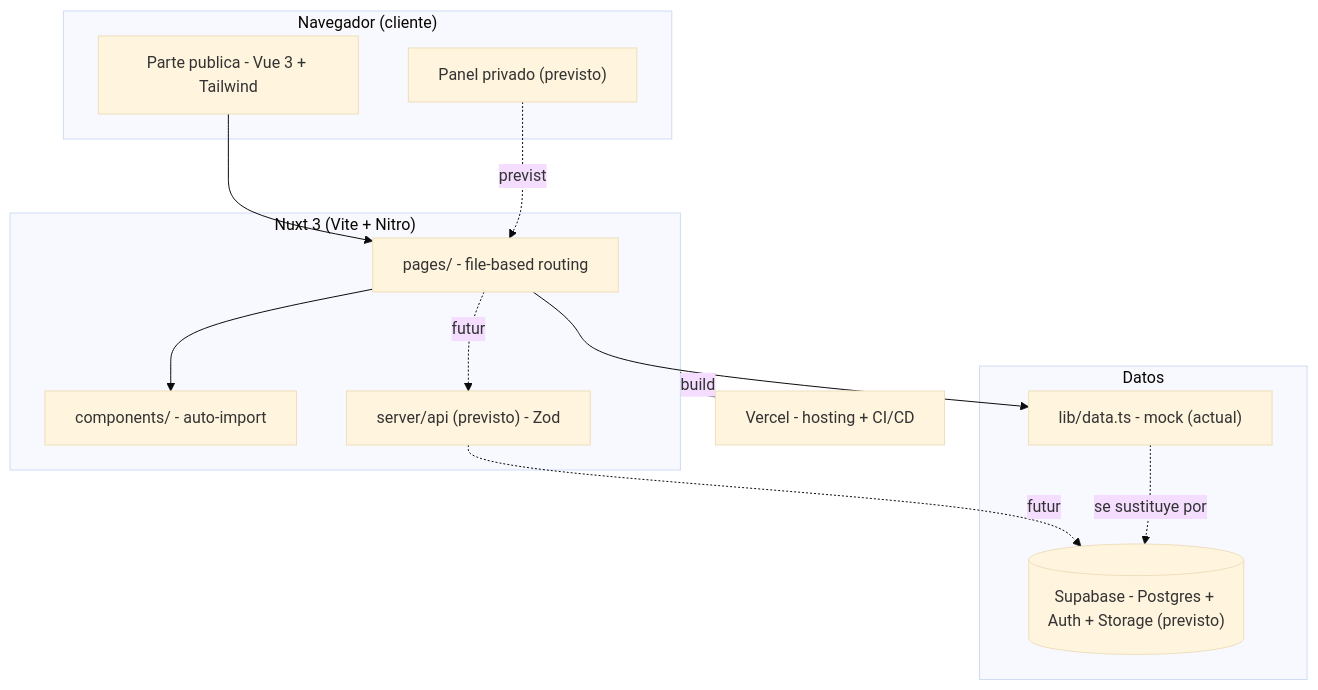
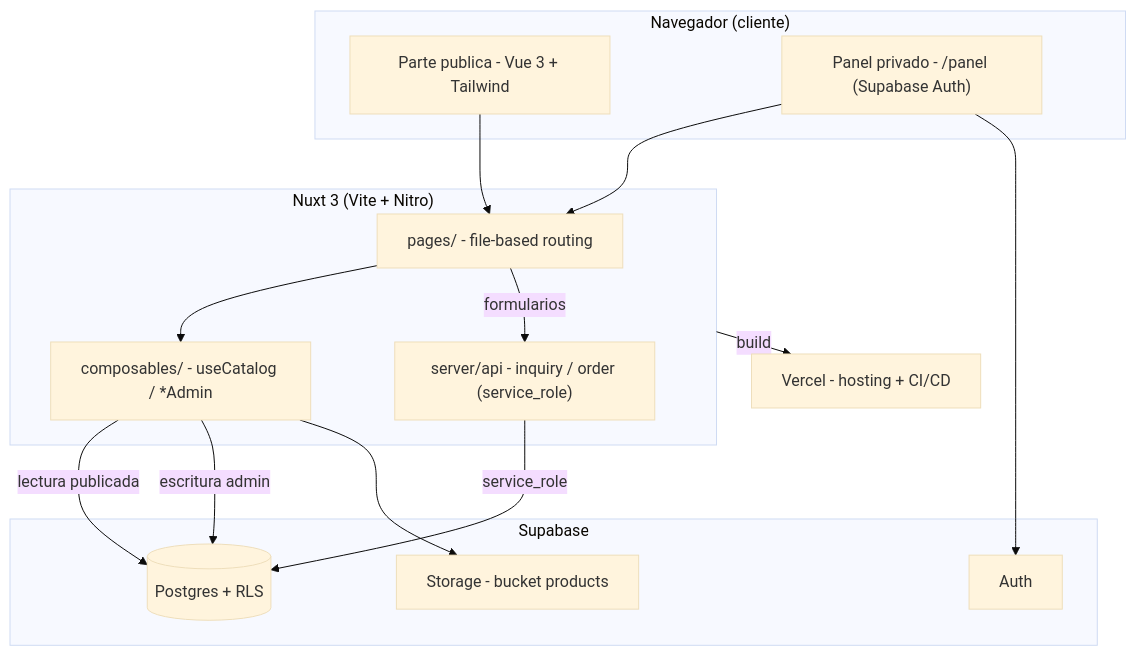
The first of 4 diagrams in README.md (andreagro17/studiosep), drawn with Mermaid (base theme) before and after one commit. The commit also changed other lines of this file and 4 other files, not shown here.

Commit message:
feat: implement contact and order forms with Supabase integration for inquiries and orders

````diff
--- a/README.md
+++ b/README.md
@@ -113,27 +139,30 @@
 ```mermaid
 flowchart TB
   subgraph Cliente["Navegador (cliente)"]
     UI["Parte publica - Vue 3 + Tailwind"]
-    Panel["Panel privado (previsto)"]
+    Panel["Panel privado - /panel (Supabase Auth)"]
   end
 
   subgraph Nuxt["Nuxt 3 (Vite + Nitro)"]
     Pages["pages/ - file-based routing"]
-    Comps["components/ - auto-import"]
-    ServerApi["server/api (previsto) - Zod"]
+    Comps["composables/ - useCatalog / *Admin"]
+    ServerApi["server/api - inquiry / order (service_role)"]
   end
 
-  subgraph Datos["Datos"]
-    Mock["lib/data.ts - mock (actual)"]
-    Supabase[("Supabase - Postgres + Auth + Storage (previsto)")]
+  subgraph Datos["Supabase"]
+    DB[("Postgres + RLS")]
+    Auth["Auth"]
+    Storage["Storage - bucket products"]
   end
 
   UI --> Pages
-  Panel -.previsto.-> Pages
+  Panel --> Pages
   Pages --> Comps
-  Pages --> Mock
-  Pages -.futuro.-> ServerApi
-  ServerApi -.futuro.-> Supabase
-  Mock -.se sustituye por.-> Supabase
+  Comps -->|lectura publicada| DB
+  Comps -->|escritura admin| DB
+  Comps --> Storage
+  Pages -->|formularios| ServerApi
+  ServerApi -->|service_role| DB
+  Panel --> Auth
   Nuxt -->|build| Vercel["Vercel - hosting + CI/CD"]
 ```
````
